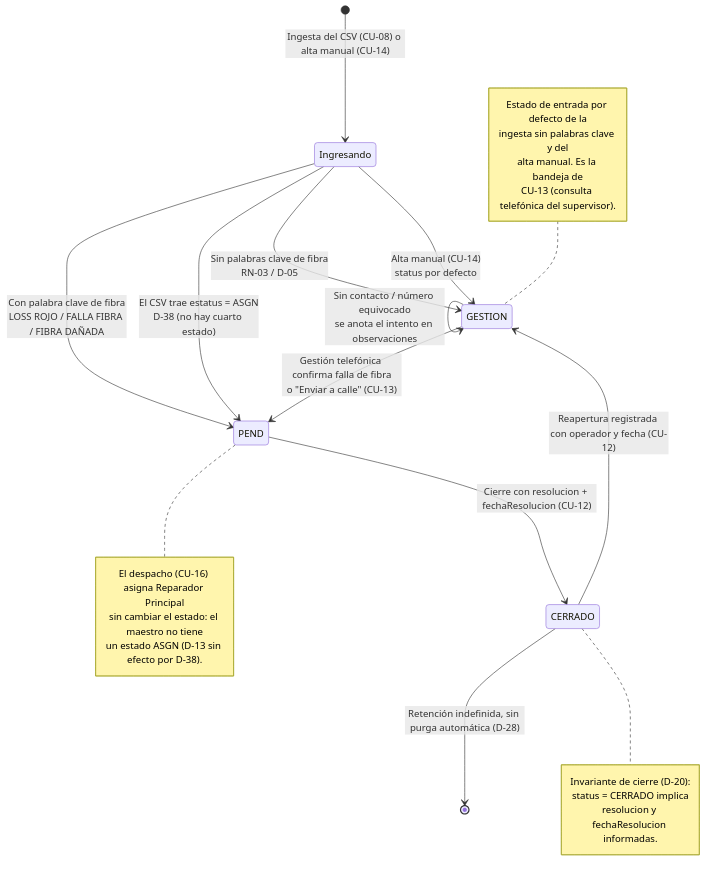
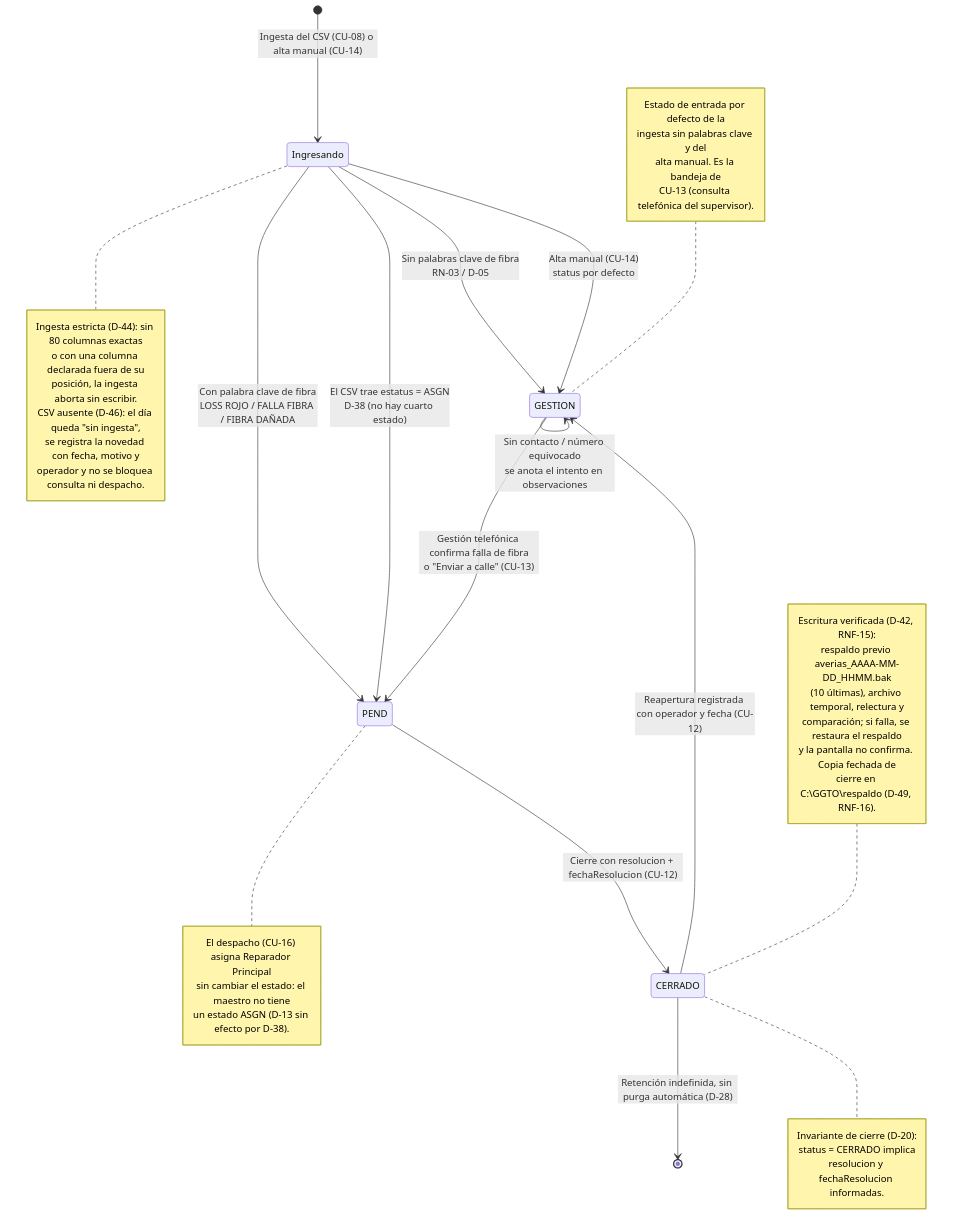
Before and after one commit to anlucorporations/GGTO: the eighth of 8 diagrams in RepoTecnico/casos_uso/diagramas.md, drawn with Mermaid. The commit also changed other lines of this file and 1 other file, not shown here.

Commit message:
Sincronizar casos de uso con D-42 a D-50 (recuperado de la entrega; Drive sin cuota)

````diff
--- a/RepoTecnico/casos_uso/diagramas.md
+++ b/RepoTecnico/casos_uso/diagramas.md
@@ -447,36 +473,54 @@
 ```mermaid
 stateDiagram-v2
     [*] --> Ingresando : Ingesta del CSV (CU-08) o alta manual (CU-14)
 
     Ingresando --> GESTION : Sin palabras clave de fibra<br/>RN-03 / D-05
     Ingresando --> PEND : Con palabra clave de fibra<br/>LOSS ROJO / FALLA FIBRA / FIBRA DAÑADA
     Ingresando --> PEND : El CSV trae estatus = ASGN<br/>D-38 (no hay cuarto estado)
     Ingresando --> GESTION : Alta manual (CU-14)<br/>status por defecto
 
     GESTION --> PEND : Gestión telefónica confirma falla de fibra<br/>o "Enviar a calle" (CU-13)
     GESTION --> GESTION : Sin contacto / número equivocado<br/>se anota el intento en observaciones
 
     PEND --> CERRADO : Cierre con resolucion + fechaResolucion (CU-12)
 
     CERRADO --> GESTION : Reapertura registrada con operador y fecha (CU-12)
     CERRADO --> [*] : Retención indefinida, sin purga automática (D-28)
 
     note right of PEND
         El despacho (CU-16) asigna Reparador Principal
         sin cambiar el estado: el maestro no tiene
         un estado ASGN (D-13 sin efecto por D-38).
     end note
 
     note right of CERRADO
         Invariante de cierre (D-20):
         status = CERRADO implica
         resolucion y fechaResolucion informadas.
     end note
 
+    note right of Ingresando
+        Ingesta estricta (D-44): sin 80 columnas exactas
+        o con una columna declarada fuera de su
+        posición, la ingesta aborta sin escribir.
+        CSV ausente (D-46): el día queda "sin ingesta",
+        se registra la novedad con fecha, motivo y
+        operador y no se bloquea consulta ni despacho.
+    end note
+
+    note left of CERRADO
+        Escritura verificada (D-42, RNF-15):
+        respaldo previo averias_AAAA-MM-DD_HHMM.bak
+        (10 últimas), archivo temporal, relectura y
+        comparación; si falla, se restaura el respaldo
+        y la pantalla no confirma. Copia fechada de
+        cierre en C:\\GGTO\\respaldo (D-49, RNF-16).
+    end note
+
     note left of GESTION
         Estado de entrada por defecto de la
         ingesta sin palabras clave y del
         alta manual. Es la bandeja de
         CU-13 (consulta telefónica del supervisor).
     end note
 ```
````
